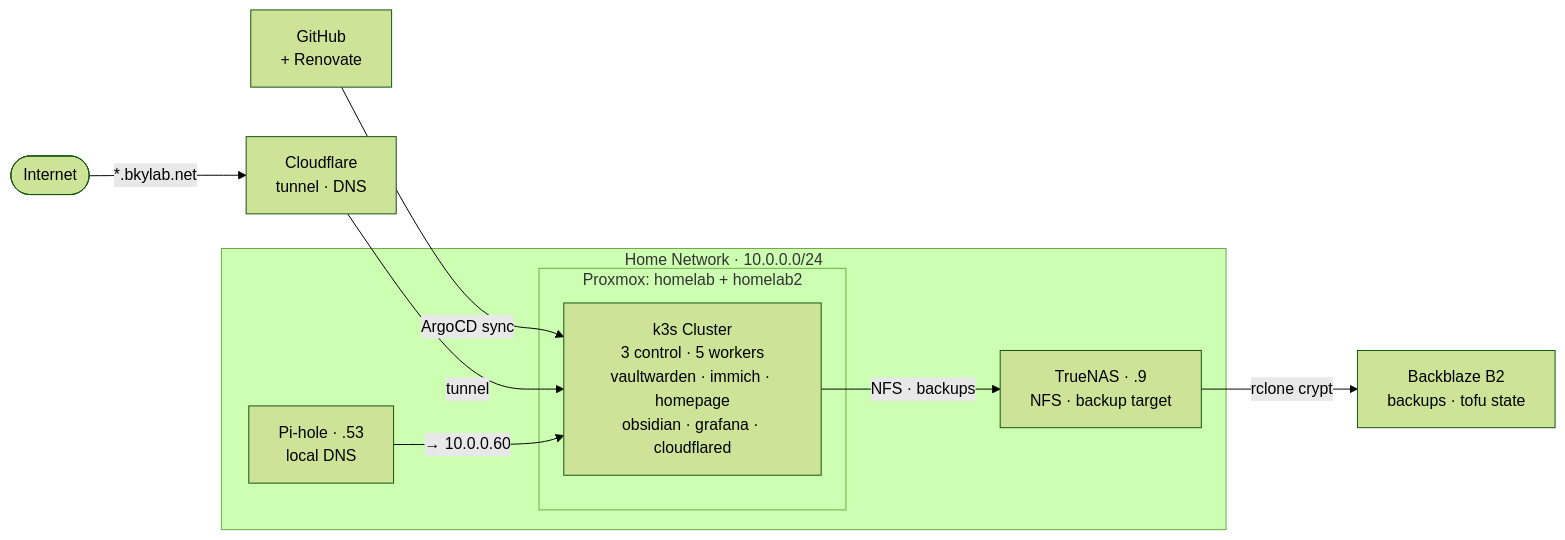
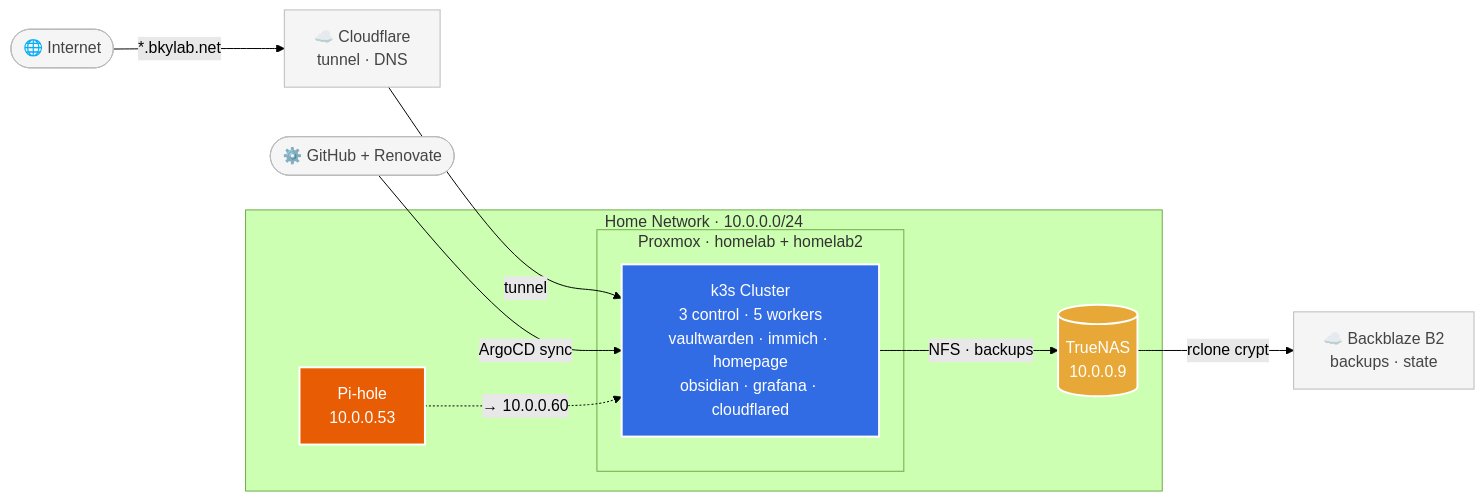
The diagram in README.md (byeich/homelab), drawn with Mermaid (forest theme) before and after one commit. The commit also changed 1 other file, not shown here.

Commit message:
diagram updates

````diff
--- a/README.md
+++ b/README.md
@@ -5,20 +5,33 @@
 ```mermaid
-graph LR
-    internet(["Internet"]) -->|"*.bkylab.net"| cf["Cloudflare\ntunnel · DNS"]
-    gh["GitHub\n+ Renovate"] -->|"ArgoCD sync"| cluster
+flowchart LR
+    internet(["🌐 Internet"])
+    gh(["⚙️ GitHub + Renovate"])
 
     subgraph home["Home Network · 10.0.0.0/24"]
-        pihole["Pi-hole · .53\nlocal DNS"]
-        truenas["TrueNAS · .9\nNFS · backup target"]
-        subgraph proxmox["Proxmox: homelab + homelab2"]
+        pihole["Pi-hole\n10.0.0.53"]
+        truenas[("TrueNAS\n10.0.0.9")]
+        subgraph proxmox["Proxmox · homelab + homelab2"]
             cluster["k3s Cluster\n3 control · 5 workers\nvaultwarden · immich · homepage\nobsidian · grafana · cloudflared"]
         end
     end
 
-    b2["Backblaze B2\nbackups · tofu state"]
+    cf["☁️ Cloudflare\ntunnel · DNS"]
+    b2["☁️ Backblaze B2\nbackups · state"]
 
+    internet -->|"*.bkylab.net"| cf
     cf -->|"tunnel"| cluster
-    pihole -->|"→ 10.0.0.60"| cluster
+    gh -->|"ArgoCD sync"| cluster
+    pihole -.->|"→ 10.0.0.60"| cluster
     cluster -->|"NFS · backups"| truenas
     truenas -->|"rclone crypt"| b2
+
+    classDef k8s     fill:#326ce5,stroke:#fff,stroke-width:2px,color:#fff
+    classDef storage fill:#e8a838,stroke:#fff,stroke-width:2px,color:#fff
+    classDef dns     fill:#e85d04,stroke:#fff,stroke-width:2px,color:#fff
+    classDef ext     fill:#f5f5f5,stroke:#bbb,color:#444
+
+    class cluster k8s
+    class truenas storage
+    class pihole dns
+    class cf,b2,gh,internet ext
 ```
````
